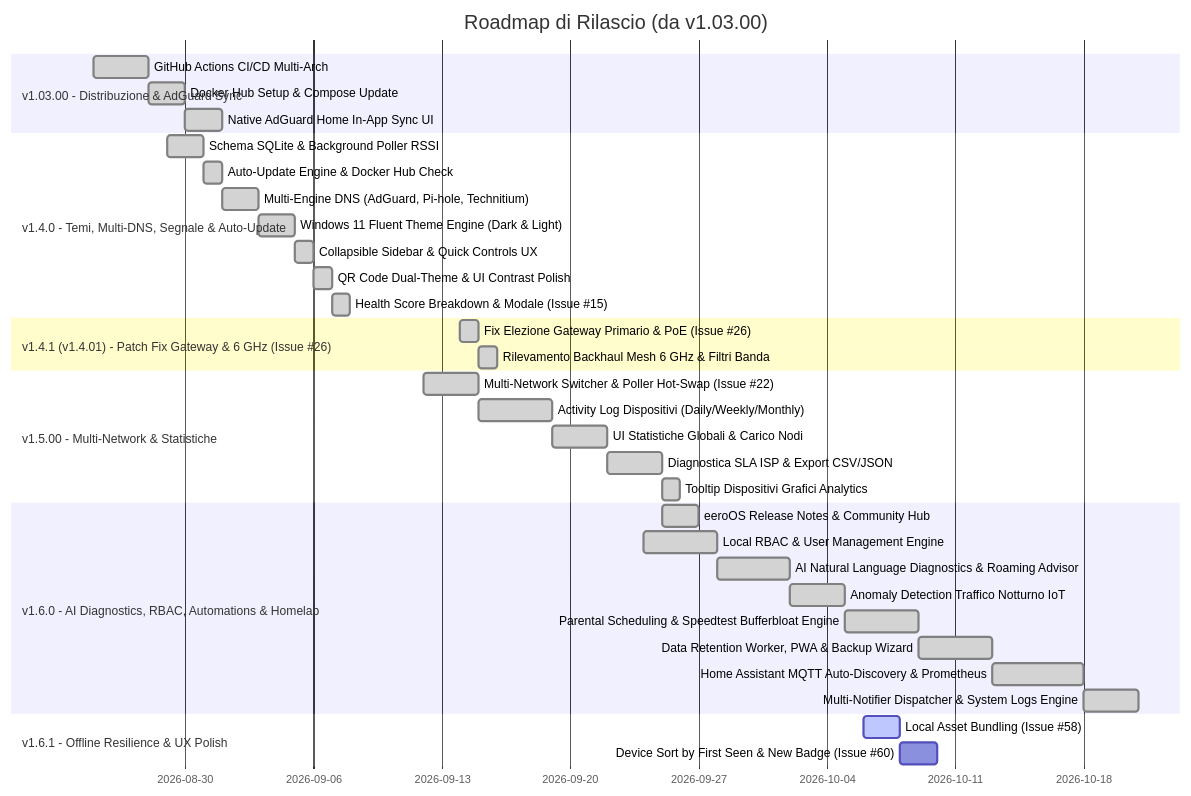
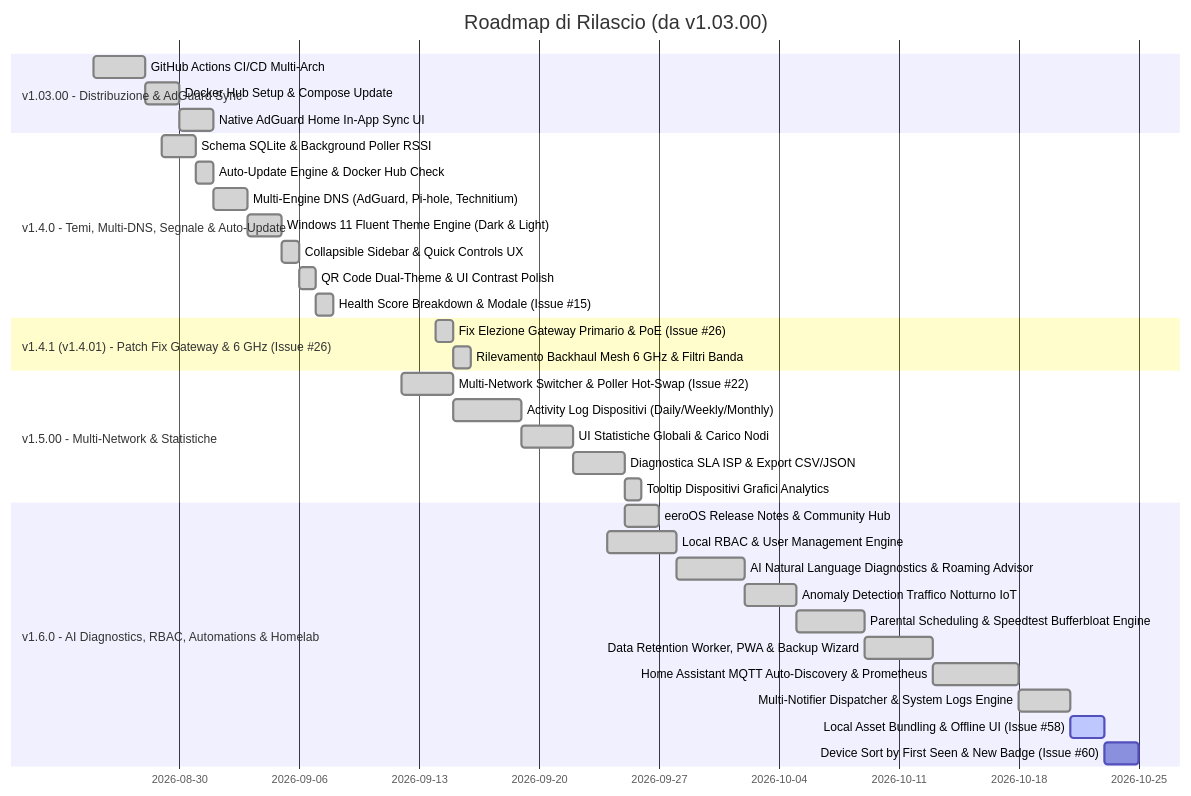
One commit to EnricoFlammini/Dashboard_EERO changed the diagram in ROADMAP.md. Above: the diagram before and after it, drawn with Mermaid. The commit also changed other lines of this file, not shown here.

Commit message:
docs(roadmap): include Issue #58 and Issue #60 as Module 6 in v1.6.0

````diff
--- a/ROADMAP.md
+++ b/ROADMAP.md
@@ -20,38 +20,37 @@
 ```mermaid
 gantt
     title Roadmap di Rilascio (da v1.03.00)
     dateFormat  YYYY-MM-DD
     section v1.03.00 - Distribuzione & AdGuard Sync
     GitHub Actions CI/CD Multi-Arch       :done, v1_3a, 2026-08-25, 3d
     Docker Hub Setup & Compose Update    :done, v1_3b, after v1_3a, 2d
     Native AdGuard Home In-App Sync UI   :done, v1_3c, after v1_3b, 2d
     section v1.4.0 - Temi, Multi-DNS, Segnale & Auto-Update
     Schema SQLite & Background Poller RSSI:done, v1_4a, 2026-08-29, 2d
     Auto-Update Engine & Docker Hub Check :done, v1_4b, after v1_4a, 1d
     Multi-Engine DNS (AdGuard, Pi-hole, Technitium):done, v1_4c, after v1_4b, 2d
     Windows 11 Fluent Theme Engine (Dark & Light):done, v1_4d, after v1_4c, 2d
     Collapsible Sidebar & Quick Controls UX:done, v1_4g, after v1_4d, 1d
     QR Code Dual-Theme & UI Contrast Polish:done, v1_4e, after v1_4g, 1d
     Health Score Breakdown & Modale (Issue #15):done, v1_4f, after v1_4e, 1d
     section v1.4.1 (v1.4.01) - Patch Fix Gateway & 6 GHz (Issue #26)
     Fix Elezione Gateway Primario & PoE (Issue #26):done, v1_41a, 2026-09-14, 1d
     Rilevamento Backhaul Mesh 6 GHz & Filtri Banda:done, v1_41b, after v1_41a, 1d
     section v1.5.00 - Multi-Network & Statistiche
     Multi-Network Switcher & Poller Hot-Swap (Issue #22):done, v1_5a, 2026-09-12, 3d
     Activity Log Dispositivi (Daily/Weekly/Monthly):done, v1_5b, after v1_5a, 4d
     UI Statistiche Globali & Carico Nodi :done, v1_5c, after v1_5b, 3d
     Diagnostica SLA ISP & Export CSV/JSON :done, v1_5d, after v1_5c, 3d
     Tooltip Dispositivi Grafici Analytics :done, v1_5e, after v1_5d, 1d
     section v1.6.0 - AI Diagnostics, RBAC, Automations & Homelab
     eeroOS Release Notes & Community Hub :done, v1_6_news, 2026-09-25, 2d
     Local RBAC & User Management Engine               :done, v1_6a, 2026-09-24, 4d
     AI Natural Language Diagnostics & Roaming Advisor :done, v1_6b, after v1_6a, 4d
     Anomaly Detection Traffico Notturno IoT           :done, v1_6c, after v1_6b, 3d
     Parental Scheduling & Speedtest Bufferbloat Engine :done, v1_6d, after v1_6c, 4d
     Data Retention Worker, PWA & Backup Wizard         :done, v1_6g, after v1_6d, 4d
     Home Assistant MQTT Auto-Discovery & Prometheus    :done, v1_6e, after v1_6g, 5d
     Multi-Notifier Dispatcher & System Logs Engine     :done, v1_6f, after v1_6e, 3d
-    section v1.6.1 - Offline Resilience & UX Polish
-    Local Asset Bundling (Issue #58)                  :active, v1_61a, 2026-10-06, 2d
-    Device Sort by First Seen & New Badge (Issue #60) :v1_61b, after v1_61a, 2d
+    Local Asset Bundling & Offline UI (Issue #58)     :active, v1_6_assets, after v1_6f, 2d
+    Device Sort by First Seen & New Badge (Issue #60) :v1_6_recent, after v1_6_assets, 2d
 ```
````
